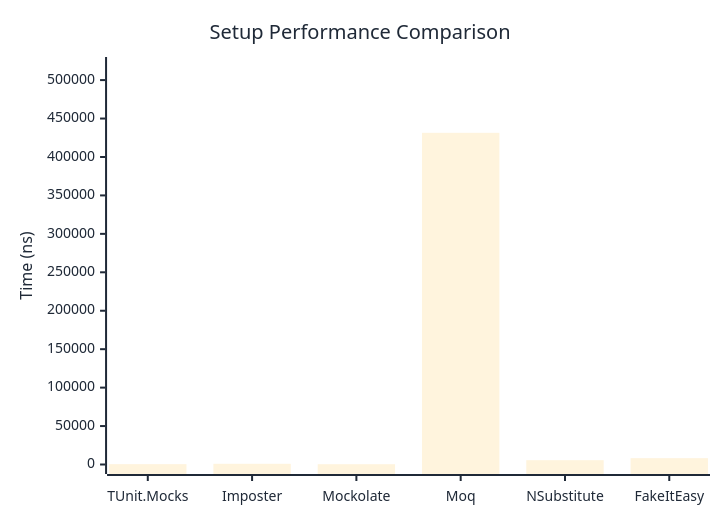
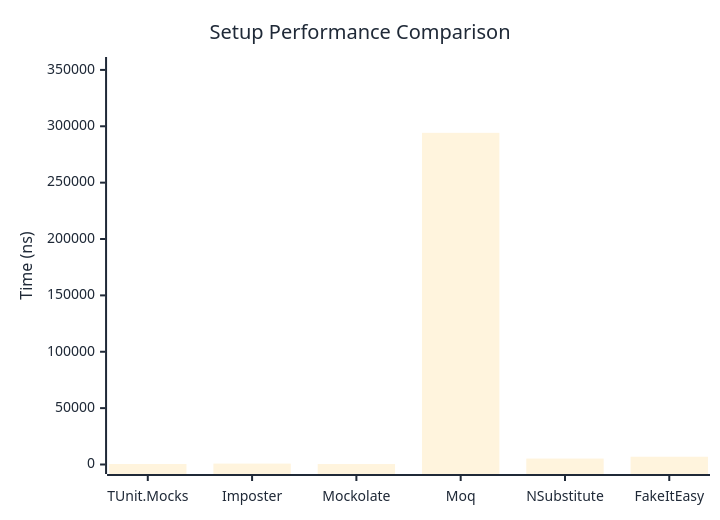
One commit to thomhurst/TUnit changed the first of 2 diagrams in docs/docs/benchmarks/mocks/Setup.md. Above: the diagram before and after it, drawn with Mermaid. The commit also changed other lines of this file and 14 other files, not shown here.

````diff
--- a/docs/docs/benchmarks/mocks/Setup.md
+++ b/docs/docs/benchmarks/mocks/Setup.md
@@ -28,27 +28,27 @@
 ```mermaid
 %%{init: {
   'theme':'base',
   'themeVariables': {
     'primaryColor': '#2563eb',
     'primaryTextColor': '#1f2937',
     'primaryBorderColor': '#1e40af',
     'lineColor': '#6b7280',
     'secondaryColor': '#7c3aed',
     'tertiaryColor': '#dc2626',
     'background': '#ffffff',
     'pie1': '#2563eb',
     'pie2': '#7c3aed',
     'pie3': '#dc2626',
     'pie4': '#f59e0b',
     'pie5': '#10b981',
     'pie6': '#06b6d4',
     'pie7': '#ec4899',
     'pie8': '#6366f1'
   }
 }}%%
 xychart-beta
   title "Setup Performance Comparison"
   x-axis ["TUnit.Mocks", "Imposter", "Mockolate", "Moq", "NSubstitute", "FakeItEasy"]
-  y-axis "Time (ns)" 0 --> 517684
-  bar [442.5, 911.3, 364.2, 431403, 5626.7, 8246.7]
+  y-axis "Time (ns)" 0 --> 353022
+  bar [461.5, 802.1, 396.1, 294184.3, 5254.5, 6883.3]
 ```
````
